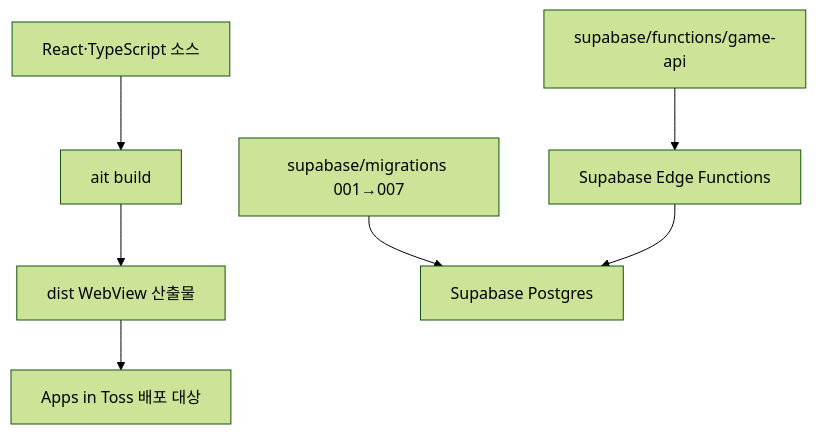
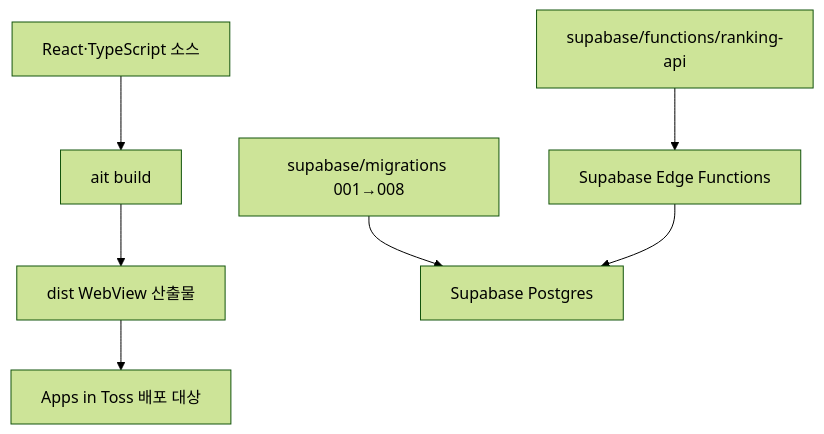
The fourth of 4 diagrams in docs/architecture.md (toss-aug-hackathon/blow-balloon), drawn with Mermaid (forest theme) before and after one commit. The commit also changed other lines of this file and 38 other files, not shown here.

````diff
--- a/docs/architecture.md
+++ b/docs/architecture.md
@@ -131,9 +131,9 @@
 ```mermaid
 flowchart TD
   Source["React·TypeScript 소스"] --> AIT["ait build"]
   AIT --> Dist["dist WebView 산출물"]
   Dist --> Toss["Apps in Toss 배포 대상"]
-  Migrations["supabase/migrations 001→007"] --> Postgres["Supabase Postgres"]
-  Function["supabase/functions/game-api"] --> Edge["Supabase Edge Functions"]
+  Migrations["supabase/migrations 001→008"] --> Postgres["Supabase Postgres"]
+  Function["supabase/functions/ranking-api"] --> Edge["Supabase Edge Functions"]
   Edge --> Postgres
 ```
````
